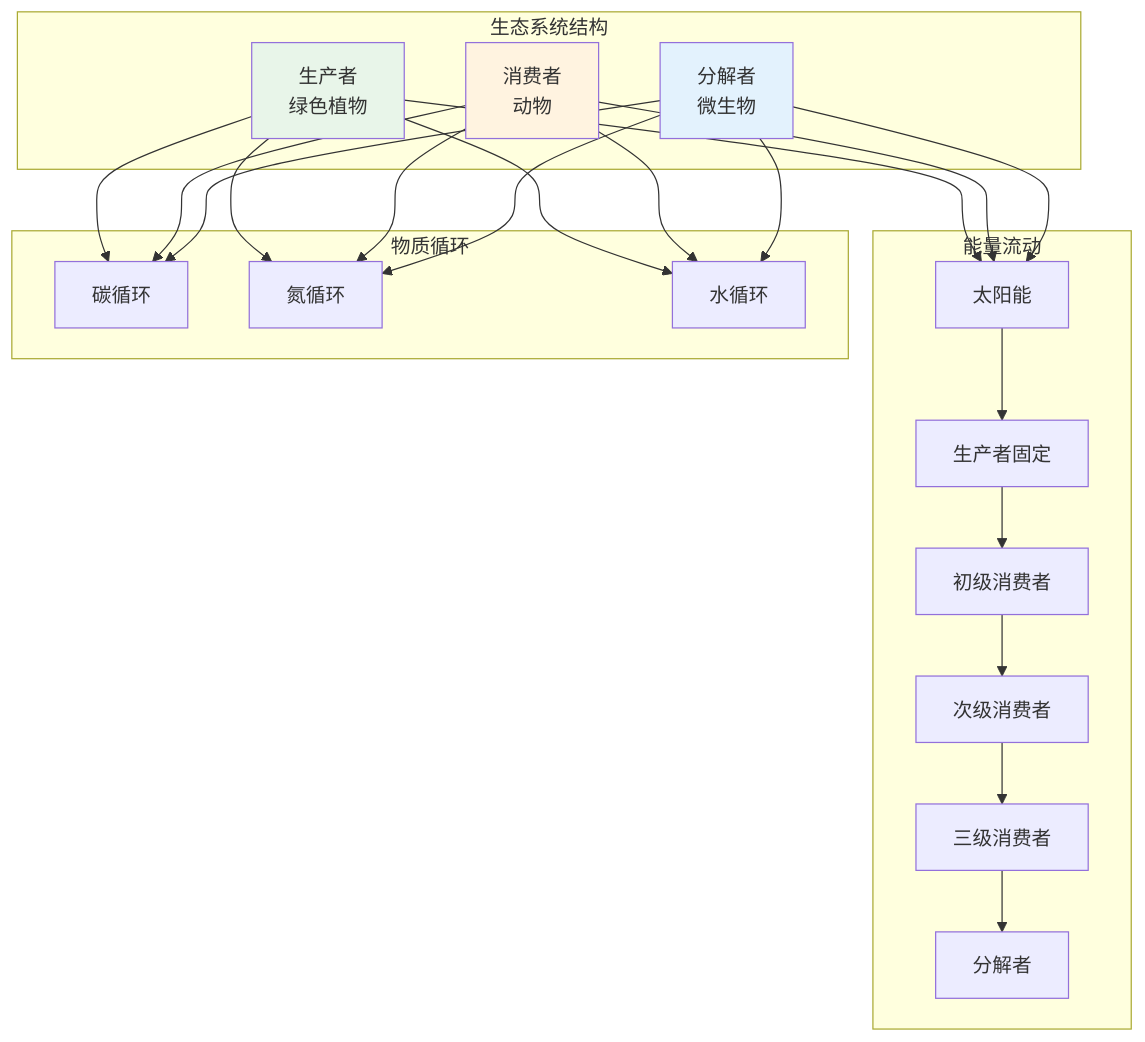
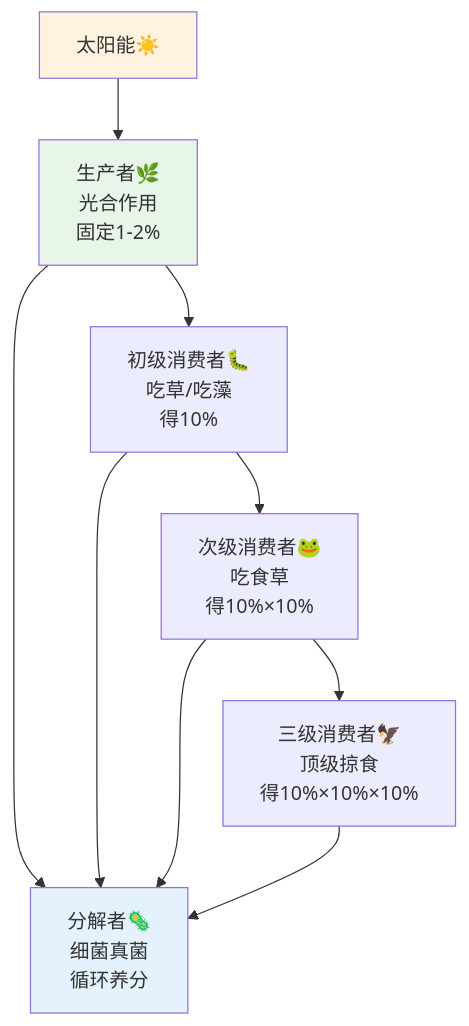
Before and after one commit to wxyClark/wxyClark.github.io: the ninth of 11 diagrams in content/natural-sciences/biology/index.md, drawn with Mermaid. The commit also changed other lines of this file and 11 other files, not shown here.

````diff
--- a/content/natural-sciences/biology/index.md
+++ b/content/natural-sciences/biology/index.md
@@ -189,28 +232,12 @@
 ```mermaid
 flowchart TD
-    subgraph 生态系统结构
-        P[生产者<br/>绿色植物]
-        C[消费者<br/>动物]
-        D[分解者<br/>微生物]
-    end
+    G1[太阳能☀️] --> G2[生产者🌿<br/>光合作用<br/>固定1-2%] 
+    G2 --> G3[初级消费者🐛<br/>吃草/吃藻<br/>得10%] 
+    G3 --> G4[次级消费者🐸<br/>吃食草<br/>得10%×10%] 
+    G4 --> G5[三级消费者🦅<br/>顶级掠食<br/>得10%×10%×10%] 
+    G2 & G3 & G4 & G5 --> G6[分解者🦠<br/>细菌真菌<br/>循环养分] 
     
-    subgraph 能量流动
-        E1[太阳能] --> E2[生产者固定]
-        E2 --> E3[初级消费者]
-        E3 --> E4[次级消费者]
-        E4 --> E5[三级消费者]
-        E5 --> E6[分解者]
-    end
-    
-    subgraph 物质循环
-        C1[碳循环]
-        C2[氮循环]
-        C3[水循环]
-    end
-    
-    P & C & D --> E1 & C1 & C2 & C3
-    
-    style P fill:#e8f5e9
-    style C fill:#fff3e0
-    style D fill:#e3f2fd
+    style G1 fill:#fff3e0
+    style G2 fill:#e8f5e9
+    style G6 fill:#e3f2fd
 ```
````
